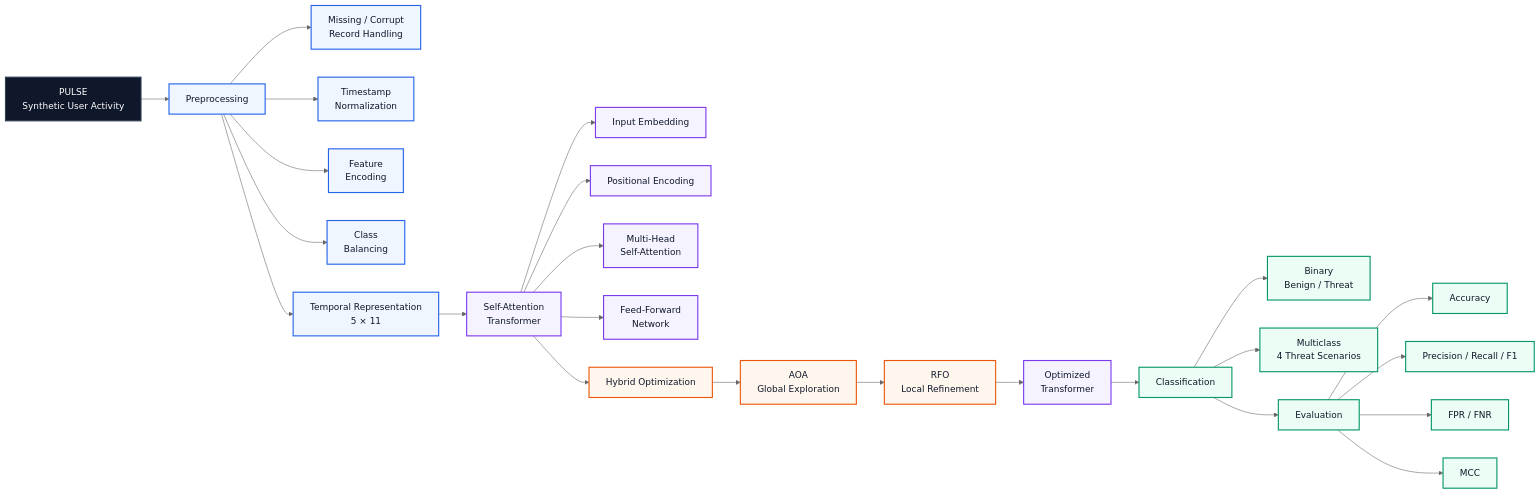
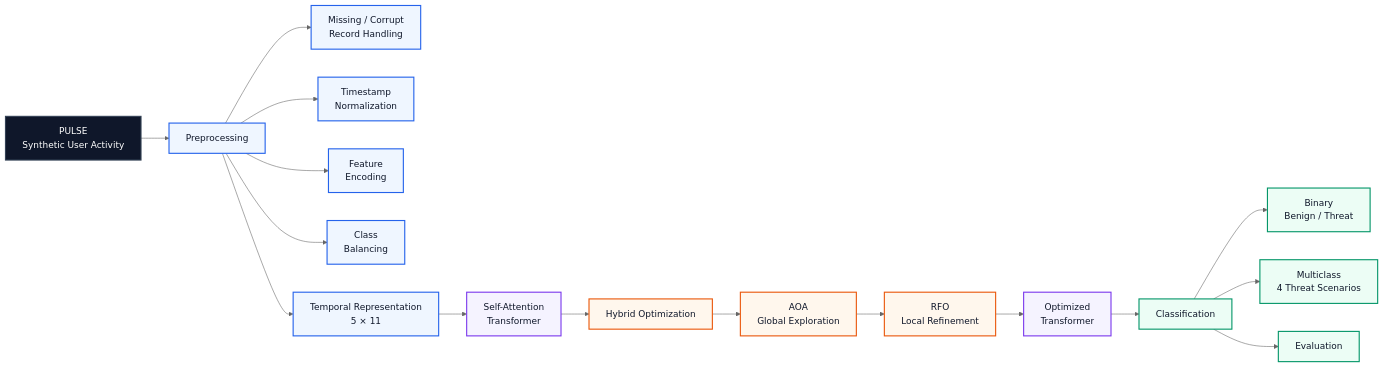
One commit to girip131175/DMA-PULSE changed the diagram in README.md. Above: the diagram before and after it, drawn with Mermaid (neutral theme). The commit also changed other lines of this file, not shown here.

Commit message:
Clean README citations and refine architecture presentation

````diff
--- a/README.md
+++ b/README.md
@@ -21,48 +21,33 @@
 ```mermaid
 flowchart LR
 
     A["PULSE<br/>Synthetic User Activity"] --> B["Preprocessing"]
-
     B --> B1["Missing / Corrupt<br/>Record Handling"]
     B --> B2["Timestamp<br/>Normalization"]
     B --> B3["Feature<br/>Encoding"]
     B --> B4["Class<br/>Balancing"]
 
     B --> C["Temporal Representation<br/>5 × 11"]
-
     C --> D["Self-Attention<br/>Transformer"]
-
-    D --> D1["Input Embedding"]
-    D --> D2["Positional Encoding"]
-    D --> D3["Multi-Head<br/>Self-Attention"]
-    D --> D4["Feed-Forward<br/>Network"]
-
     D --> E["Hybrid Optimization"]
-
     E --> F["AOA<br/>Global Exploration"]
     F --> G["RFO<br/>Local Refinement"]
-
     G --> H["Optimized<br/>Transformer"]
     H --> I["Classification"]
 
     I --> I1["Binary<br/>Benign / Threat"]
     I --> I2["Multiclass<br/>4 Threat Scenarios"]
-
     I --> J["Evaluation"]
-    J --> J1["Accuracy"]
-    J --> J2["Precision / Recall / F1"]
-    J --> J3["FPR / FNR"]
-    J --> J4["MCC"]
 
     classDef input fill:#0f172a,color:#ffffff,stroke:#334155,stroke-width:2px;
     classDef process fill:#eff6ff,color:#0f172a,stroke:#2563eb,stroke-width:2px;
     classDef model fill:#f5f3ff,color:#0f172a,stroke:#7c3aed,stroke-width:2px;
     classDef optimization fill:#fff7ed,color:#0f172a,stroke:#ea580c,stroke-width:2px;
     classDef output fill:#ecfdf5,color:#0f172a,stroke:#059669,stroke-width:2px;
 
     class A input;
     class B,B1,B2,B3,B4,C process;
-    class D,D1,D2,D3,D4,H model;
+    class D,H model;
     class E,F,G optimization;
-    class I,I1,I2,J,J1,J2,J3,J4 output;
+    class I,I1,I2,J output;
 ```
````
